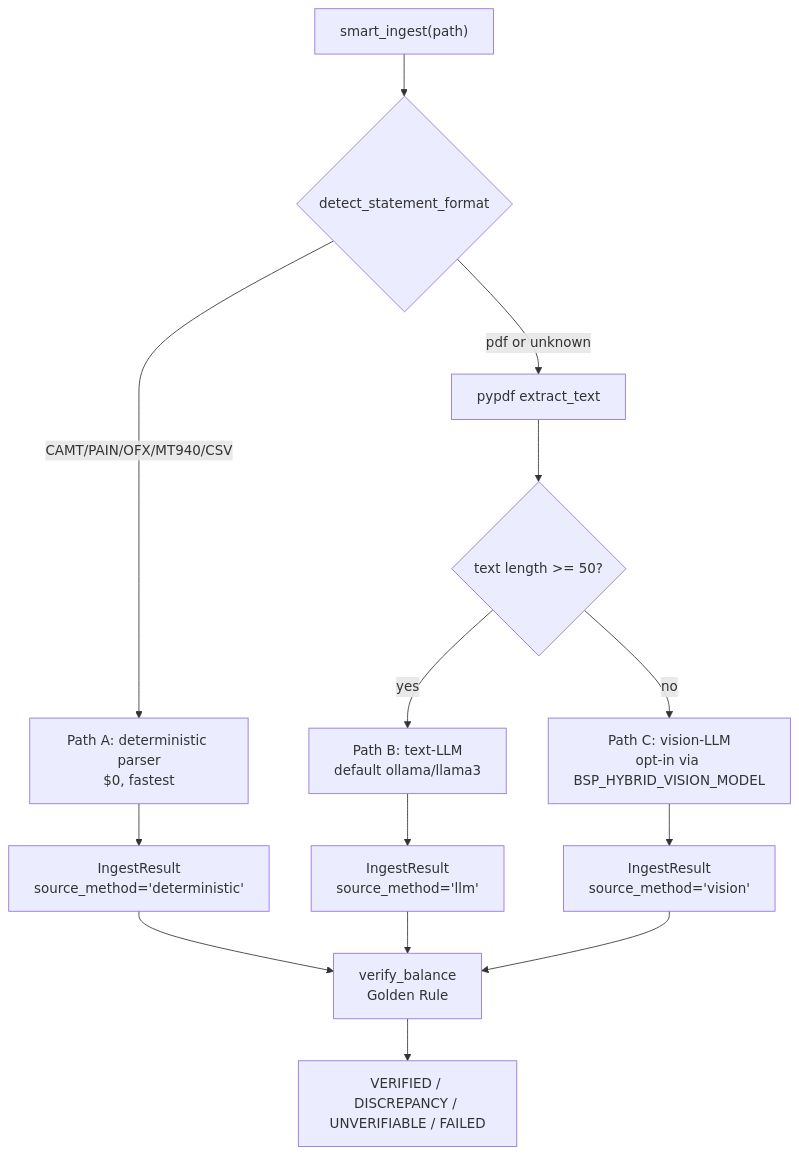
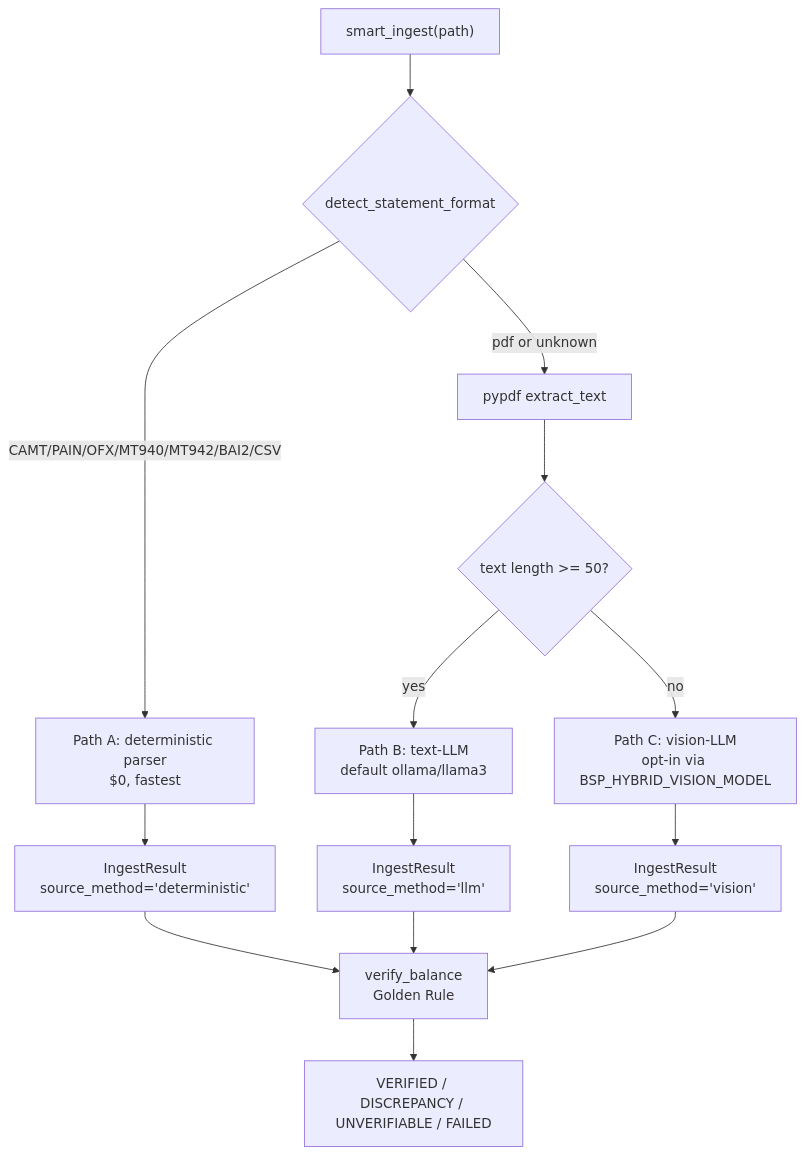
The diagram in README.md (sebastienrousseau/bankstatementparser), drawn with Mermaid before and after one commit. The commit also changed other lines of this file and 7 other files, not shown here.

````diff
--- a/README.md
+++ b/README.md
@@ -271,20 +277,20 @@
 ```mermaid
 flowchart TD
     A["smart_ingest(path)"] --> B{"detect_statement_format"}
-    B -->|CAMT/PAIN/OFX/MT940/CSV| C["Path A: deterministic parser<br/>$0, fastest"]
+    B -->|CAMT/PAIN/OFX/MT940/MT942/BAI2/CSV| C["Path A: deterministic parser<br/>$0, fastest"]
     C --> Z["IngestResult<br/>source_method='deterministic'"]
 
     B -->|pdf or unknown| D["pypdf extract_text"]
     D --> E{"text length >= 50?"}
 
     E -->|yes| F["Path B: text-LLM<br/>default ollama/llama3"]
     F --> Y["IngestResult<br/>source_method='llm'"]
 
     E -->|no| G["Path C: vision-LLM<br/>opt-in via BSP_HYBRID_VISION_MODEL"]
     G --> X["IngestResult<br/>source_method='vision'"]
 
     Z --> V["verify_balance<br/>Golden Rule"]
     Y --> V
     X --> V
     V --> R["VERIFIED / DISCREPANCY / UNVERIFIABLE / FAILED"]
 ```
````
